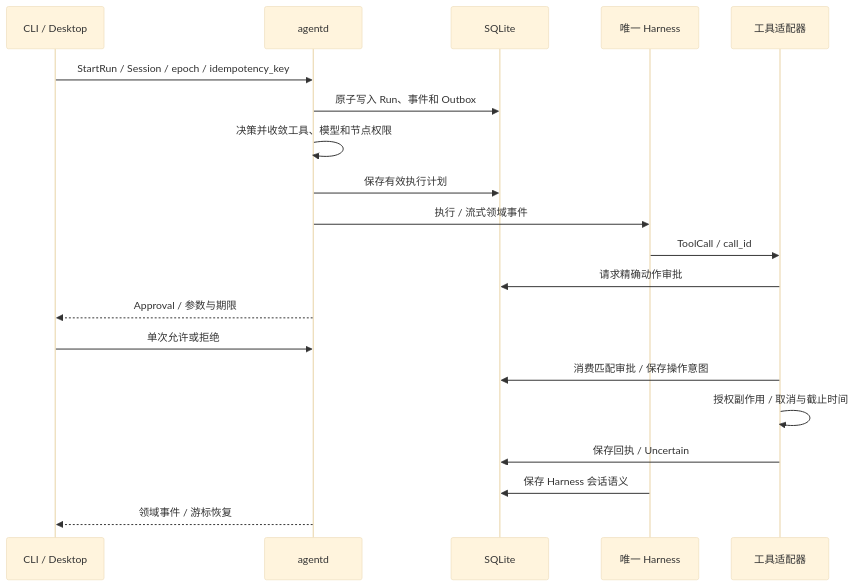
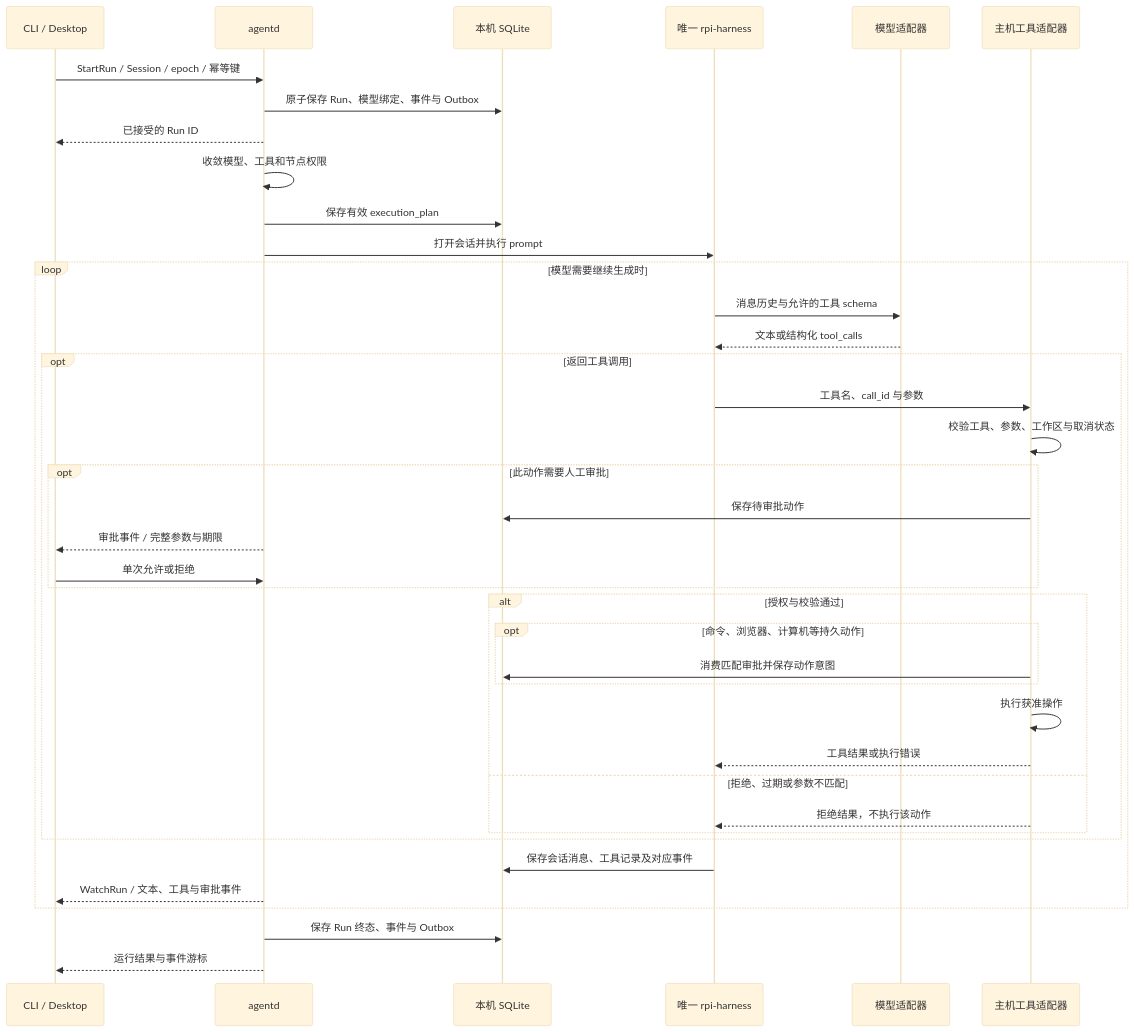
One commit to lyonbrown4d/lyonbrown changed the second of 4 diagrams in docs/zh/src/architecture.md. Above: the diagram before and after it, drawn with Mermaid (base theme). The commit also changed other lines of this file and 9 other files, not shown here.

Commit message:
add graph

````diff
--- a/docs/zh/src/architecture.md
+++ b/docs/zh/src/architecture.md
@@ -95,22 +97,41 @@
 ```mermaid
 sequenceDiagram
     participant C as CLI / Desktop
     participant D as agentd
-    participant S as SQLite
-    participant H as 唯一 Harness
-    participant T as 工具适配器
-    C->>D: StartRun / Session / epoch / idempotency_key
-    D->>S: 原子写入 Run、事件和 Outbox
-    D->>D: 决策并收敛工具、模型和节点权限
-    D->>S: 保存有效执行计划
-    D->>H: 执行 / 流式领域事件
-    H->>T: ToolCall / call_id
-    T->>S: 请求精确动作审批
-    D-->>C: Approval / 参数与期限
-    C->>D: 单次允许或拒绝
-    T->>S: 消费匹配审批 / 保存操作意图
-    T->>T: 授权副作用 / 取消与截止时间
-    T->>S: 保存回执 / Uncertain
-    H->>S: 保存 Harness 会话语义
-    D-->>C: 领域事件 / 游标恢复
+    participant S as 本机 SQLite
+    participant H as 唯一 rpi-harness
+    participant P as 模型适配器
+    participant T as 主机工具适配器
+    C->>D: StartRun / Session / epoch / 幂等键
+    D->>S: 原子保存 Run、模型绑定、事件与 Outbox
+    D-->>C: 已接受的 Run ID
+    D->>D: 收敛模型、工具和节点权限
+    D->>S: 保存有效 execution_plan
+    D->>H: 打开会话并执行 prompt
+    loop 模型需要继续生成时
+        H->>P: 消息历史与允许的工具 schema
+        P-->>H: 文本或结构化 tool_calls
+        opt 返回工具调用
+            H->>T: 工具名、call_id 与参数
+            T->>T: 校验工具、参数、工作区与取消状态
+            opt 此动作需要人工审批
+                T->>S: 保存待审批动作
+                D-->>C: 审批事件 / 完整参数与期限
+                C->>D: 单次允许或拒绝
+            end
+            alt 授权与校验通过
+                opt 命令、浏览器、计算机等持久动作
+                    T->>S: 消费匹配审批并保存动作意图
+                end
+                T->>T: 执行获准操作
+                T-->>H: 工具结果或执行错误
+            else 拒绝、过期或参数不匹配
+                T-->>H: 拒绝结果，不执行该动作
+            end
+        end
+        H->>S: 保存会话消息、工具记录及对应事件
+        D-->>C: WatchRun / 文本、工具与审批事件
+    end
+    D->>S: 保存 Run 终态、事件与 Outbox
+    D-->>C: 运行结果与事件游标
 ```
````
